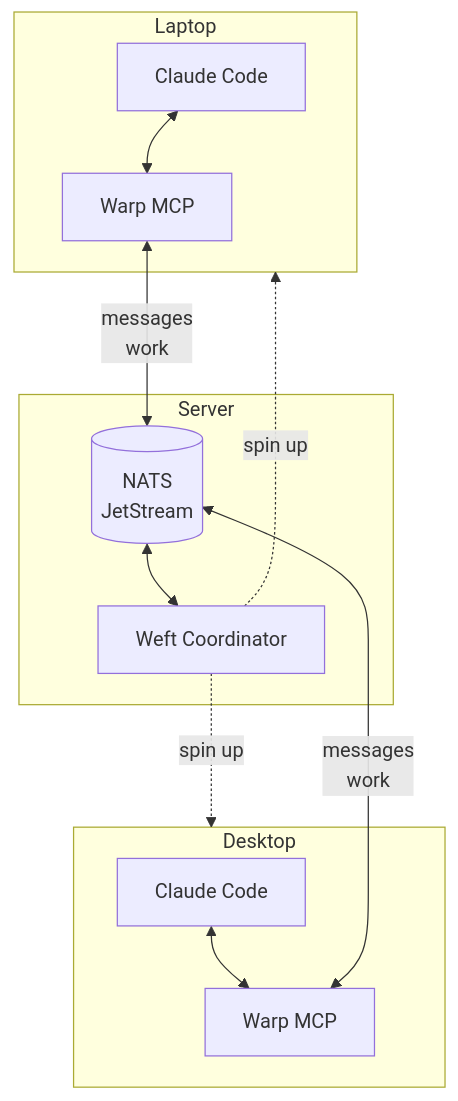
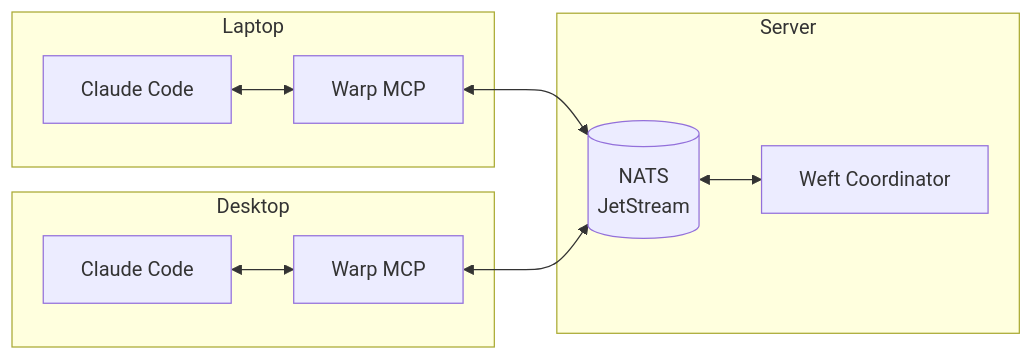
One commit to mdlopresti/loom changed the first of 3 diagrams in README.md. Above: the diagram before and after it, drawn with Mermaid.

Commit message:
docs: Simplify architecture diagram - remove spin-up arrows, LR layout

````diff
--- a/README.md
+++ b/README.md
@@ -23,25 +23,23 @@
 ```mermaid
-flowchart TB
+flowchart LR
     subgraph Laptop["Laptop"]
         A1["Claude Code"]
         W1["Warp MCP"]
         A1 <--> W1
+    end
+
+    subgraph Server["Server"]
+        NATS[("NATS<br/>JetStream")]
+        Weft["Weft Coordinator"]
+        NATS <--> Weft
     end
 
     subgraph Desktop["Desktop"]
         A2["Claude Code"]
         W2["Warp MCP"]
         A2 <--> W2
     end
 
-    subgraph Server["Server"]
-        NATS[("NATS<br/>JetStream")]
-        Weft["Weft Coordinator"]
-    end
-
-    W1 <-->|messages<br/>work| NATS
-    W2 <-->|messages<br/>work| NATS
-    NATS <--> Weft
-    Weft -.->|spin up| Laptop
-    Weft -.->|spin up| Desktop
+    W1 <--> NATS
+    W2 <--> NATS
 ```
````
